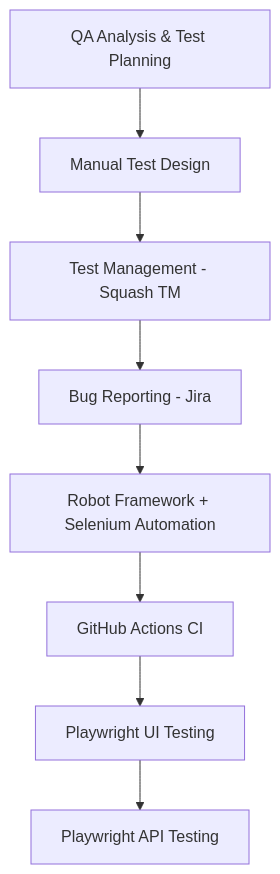
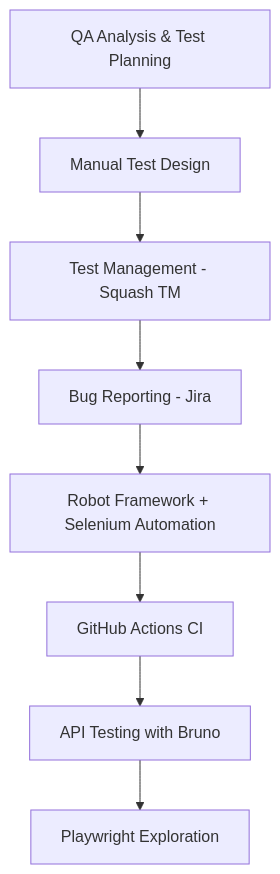
One commit to Laura1385/quality_assurance_portfolio changed the diagram in web-accessibility-qa-portfolio/README.md. Above: the diagram before and after it, drawn with Mermaid. The commit also changed other lines of this file, not shown here.

Commit message:
Align README with current project roadmap

````diff
--- a/web-accessibility-qa-portfolio/README.md
+++ b/web-accessibility-qa-portfolio/README.md
@@ -60,18 +61,18 @@
 ```mermaid
 flowchart TD
 
     A[QA Analysis & Test Planning]
     --> B[Manual Test Design]
 
     B --> C[Test Management - Squash TM]
 
     C --> D[Bug Reporting - Jira]
 
     D --> E[Robot Framework + Selenium Automation]
 
     E --> F[GitHub Actions CI]
 
-    F --> G[Playwright UI Testing]
+    F --> G[API Testing with Bruno]
 
-    G --> H[Playwright API Testing]
+    G --> H[Playwright Exploration]
 ```
````
